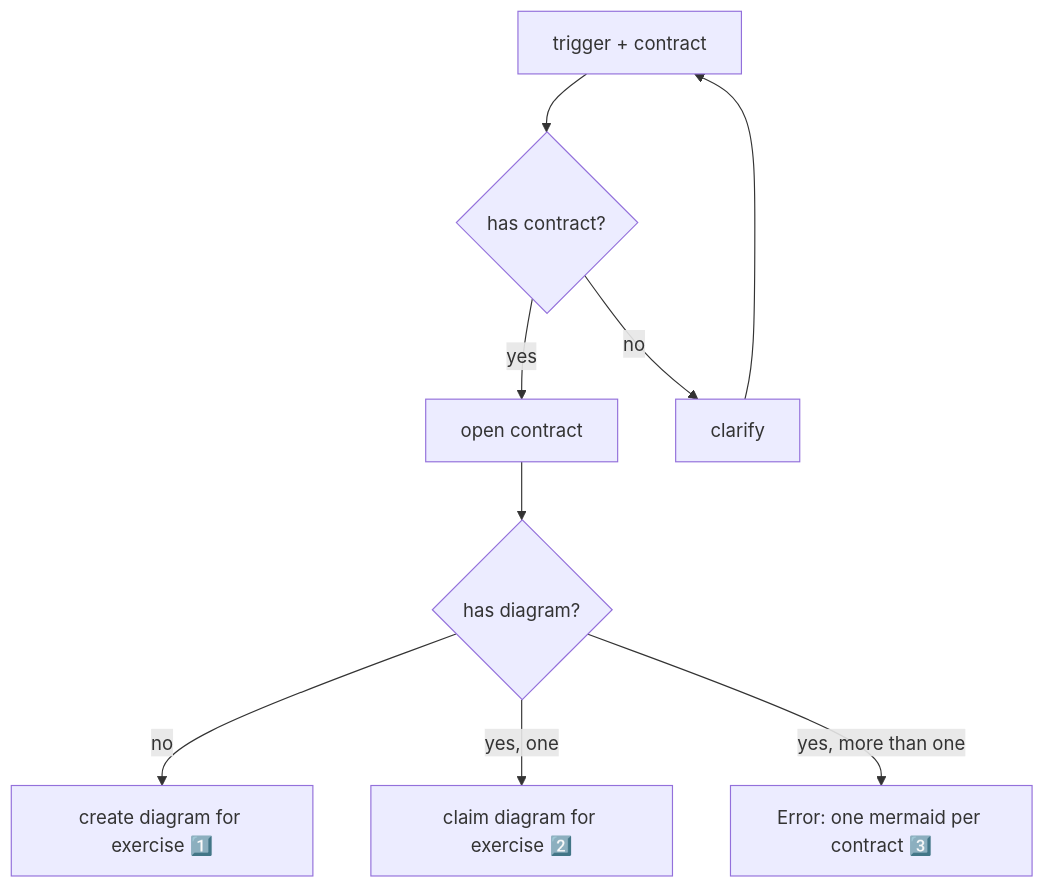
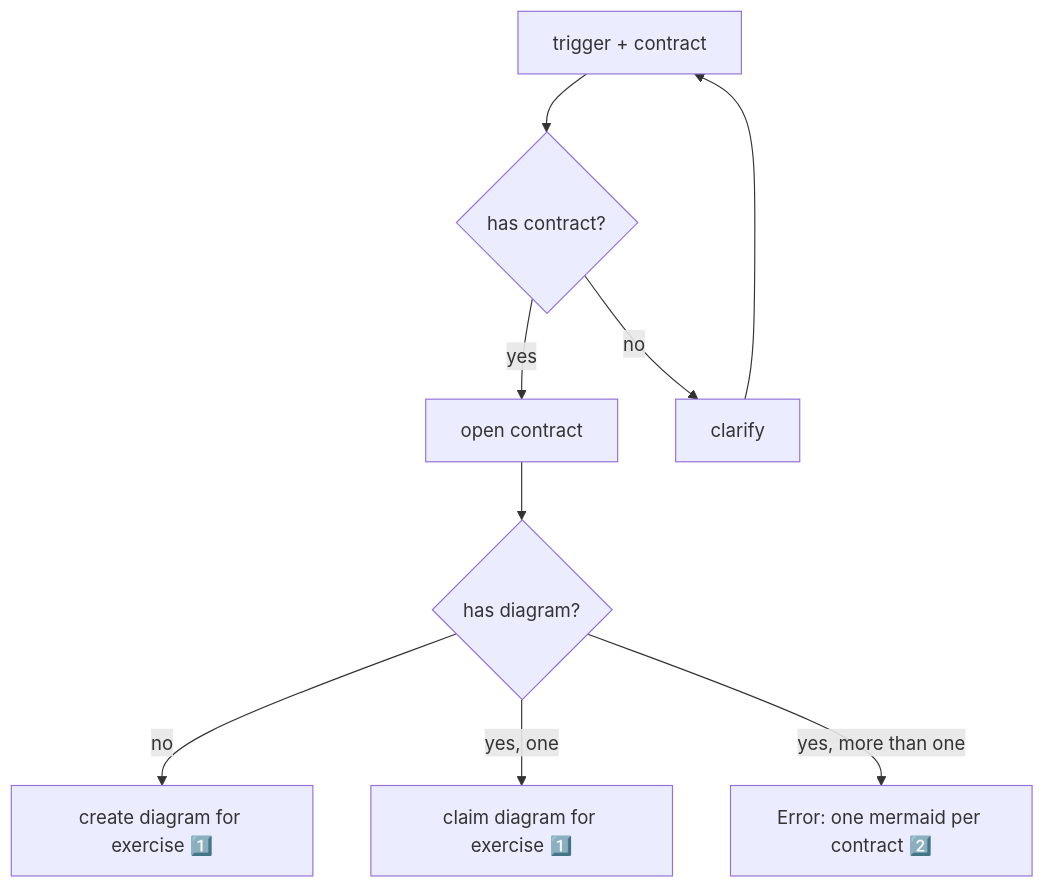
The diagram in contract-diagram/SKILL.md (nonlinear/skills), drawn with Mermaid before and after one commit. The commit also changed other lines of this file, not shown here.

Commit message:
Test hot reload: unify create/claim to 1️⃣, consolidate notes

````diff
--- a/contract-diagram/SKILL.md
+++ b/contract-diagram/SKILL.md
@@ -18,21 +18,21 @@
 ```mermaid
 flowchart TD
     TRIGGER["trigger + contract"]
     CHECK_CONTRACT{"has contract?"}
     OPEN["open contract"]
     CLARIFY["clarify"]
     CHECK_DIAGRAM{"has diagram?"}
     CREATE["create diagram for exercise 1️⃣"]
-    CLAIM["claim diagram for exercise 2️⃣"]
-    ERROR["Error: one mermaid per contract 3️⃣"]
+    CLAIM["claim diagram for exercise 1️⃣"]
+    ERROR["Error: one mermaid per contract 2️⃣"]
     
     TRIGGER --> CHECK_CONTRACT
     CHECK_CONTRACT -->|yes| OPEN
     CHECK_CONTRACT -->|no| CLARIFY
     CLARIFY --> TRIGGER
     
     OPEN --> CHECK_DIAGRAM
     CHECK_DIAGRAM -->|no| CREATE
     CHECK_DIAGRAM -->|yes, one| CLAIM
     CHECK_DIAGRAM -->|yes, more than one| ERROR
 ```
````
